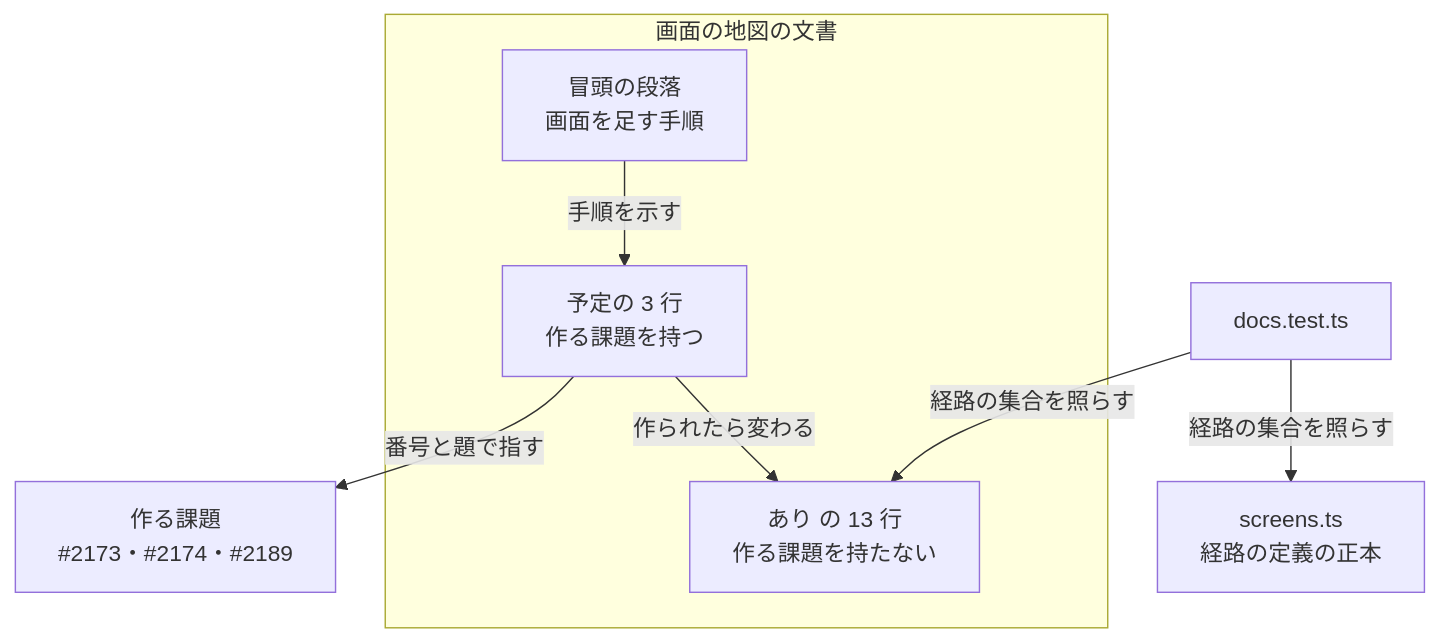
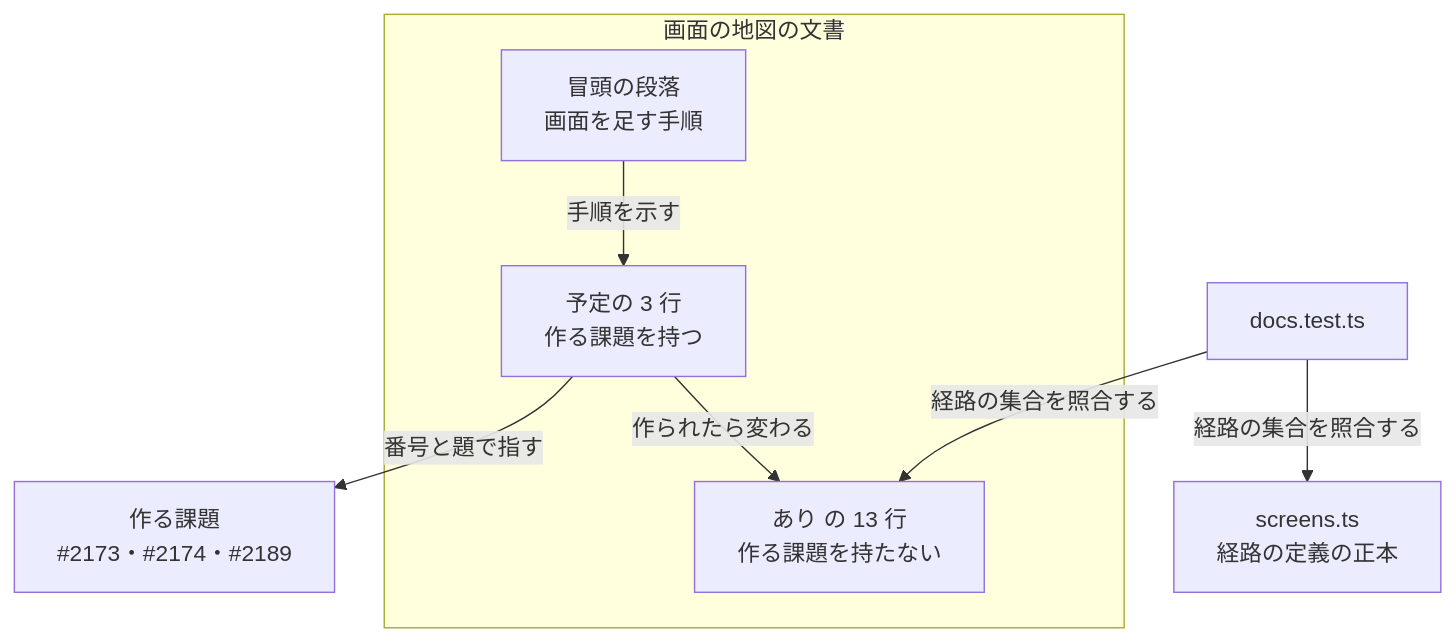
One commit to devbasex/ai-plugins changed the first of 2 diagrams in issues/issue-2431-design.md. Above: the diagram before and after it, drawn with Mermaid. The commit also changed other lines of this file, not shown here.

````diff
--- a/issues/issue-2431-design.md
+++ b/issues/issue-2431-design.md
@@ -87,16 +87,16 @@
 ```mermaid
 graph TB
   subgraph 文書["画面の地図の文書"]
     Lead["冒頭の段落<br/>画面を足す手順"]
     Planned["予定の 3 行<br/>作る課題を持つ"]
     Available["あり の 13 行<br/>作る課題を持たない"]
   end
   Issues["作る課題<br/>#2173・#2174・#2189"]
   Screens["screens.ts<br/>経路の定義の正本"]
   Test["docs.test.ts"]
   Lead -->|手順を示す| Planned
   Planned -->|番号と題で指す| Issues
   Planned -->|作られたら変わる| Available
-  Test -->|経路の集合を照らす| Available
-  Test -->|経路の集合を照らす| Screens
+  Test -->|経路の集合を照合する| Available
+  Test -->|経路の集合を照合する| Screens
 ```
````
